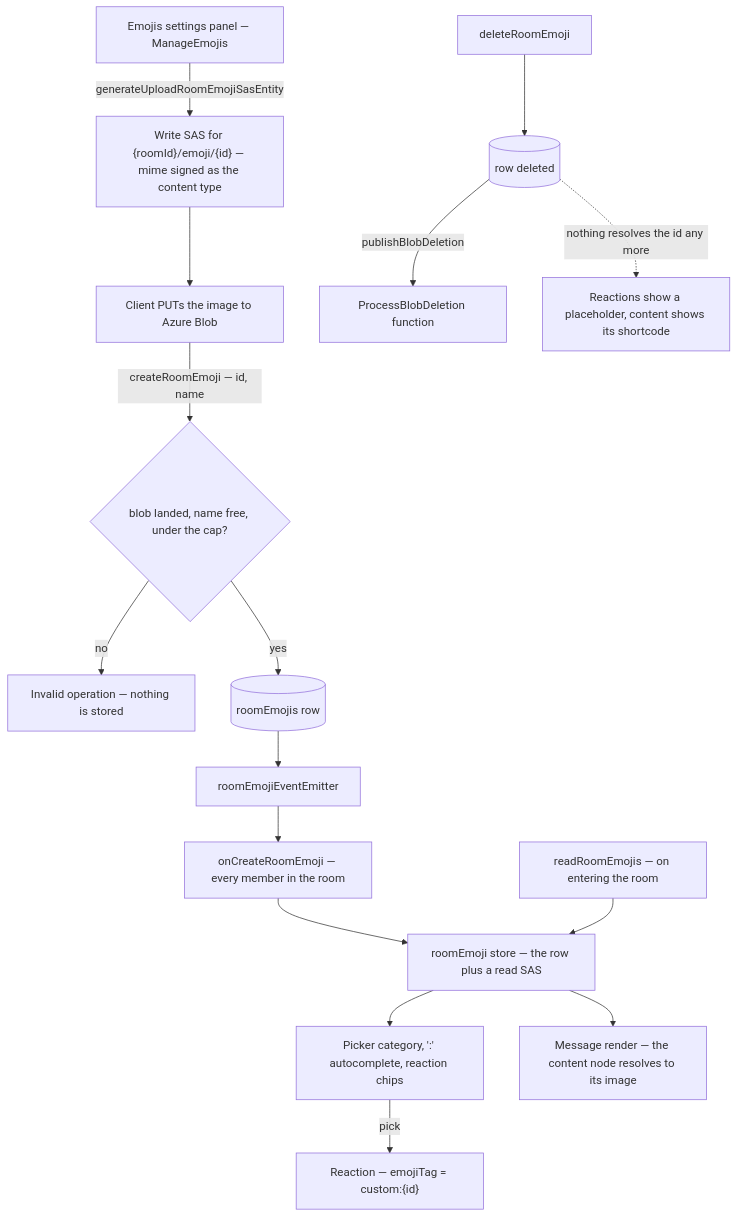
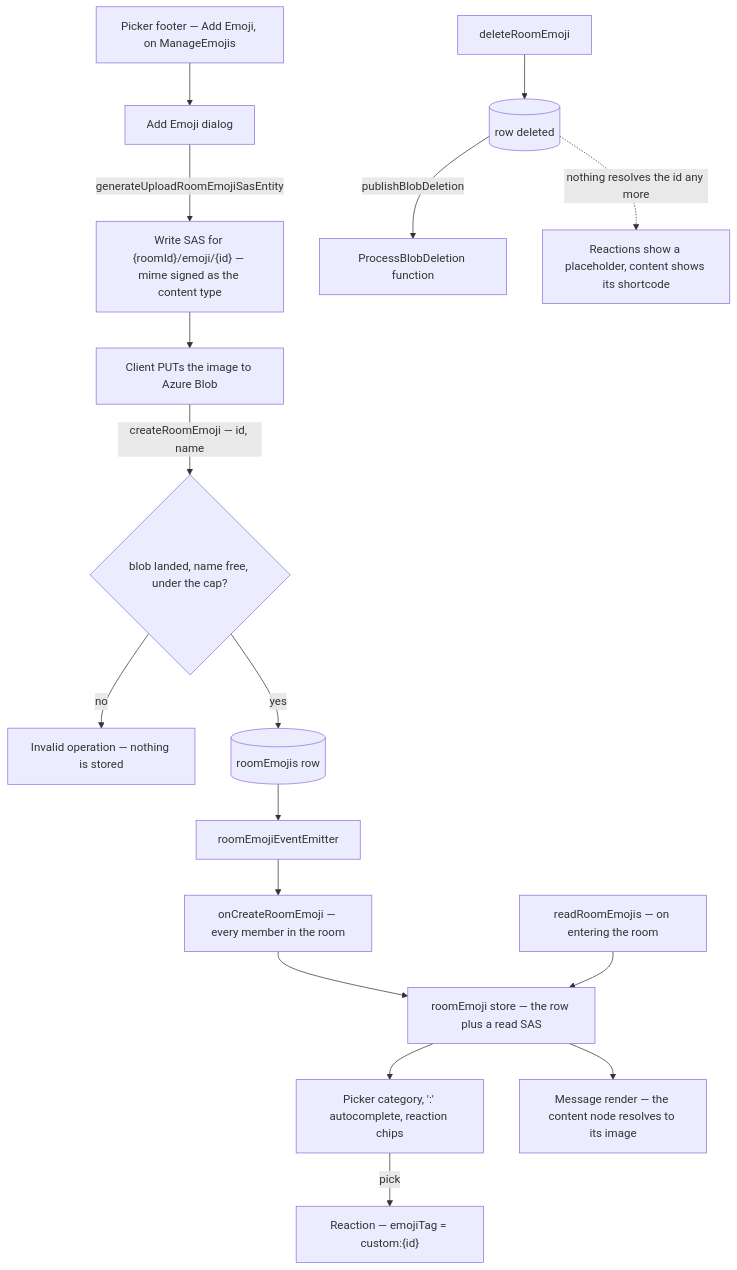
One commit to Esposter/Esposter changed the diagram in packages/app/content/docs/esbabbler/custom-emoji.md. Above: the diagram before and after it, drawn with Mermaid. The commit also changed other lines of this file and 18 other files, not shown here.

First line of the commit message:
feat(esbabbler): add custom emoji from the picker footer, not room settings

````diff
--- a/packages/app/content/docs/esbabbler/custom-emoji.md
+++ b/packages/app/content/docs/esbabbler/custom-emoji.md
@@ -14,18 +14,19 @@
 ```mermaid
 flowchart TD
-  panel["Emojis settings panel — ManageEmojis"] -->|"generateUploadRoomEmojiSasEntity"| sas["Write SAS for {roomId}/emoji/{id} — mime signed as the content type"]
+  footer["Picker footer — Add Emoji, on ManageEmojis"] --> dialog["Add Emoji dialog"]
+  dialog -->|"generateUploadRoomEmojiSasEntity"| sas["Write SAS for {roomId}/emoji/{id} — mime signed as the content type"]
   sas --> put["Client PUTs the image to Azure Blob"]
   put -->|"createRoomEmoji — id, name"| guard{"blob landed, name free, under the cap?"}
   guard -->|no| reject["Invalid operation — nothing is stored"]
   guard -->|yes| row[("roomEmojis row")]
   row --> emit["roomEmojiEventEmitter"]
   emit --> subscription["onCreateRoomEmoji — every member in the room"]
   subscription --> store["roomEmoji store — the row plus a read SAS"]
   read["readRoomEmojis — on entering the room"] --> store
   store --> picker["Picker category, ':' autocomplete, reaction chips"]
   store --> render["Message render — the content node resolves to its image"]
   picker -->|"pick"| tag["Reaction — emojiTag = custom:{id}"]
   del["deleteRoomEmoji"] --> gone[("row deleted")]
   gone -->|"publishBlobDeletion"| eventgrid["ProcessBlobDeletion function"]
   gone -.->|"nothing resolves the id any more"| fallback["Reactions show a placeholder, content shows its shortcode"]
 ```
````
